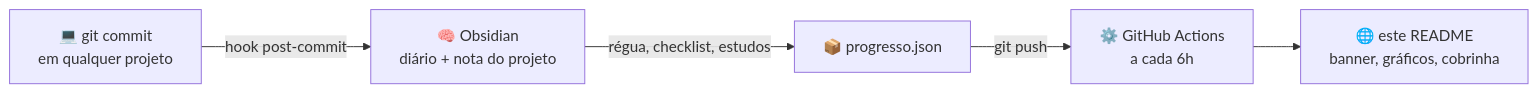
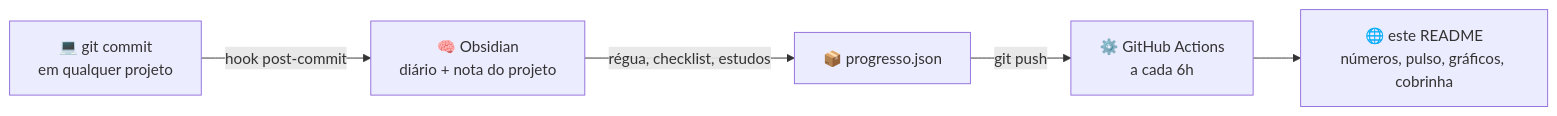
The second of 14 diagrams in README.md (renanbarrostech-cmd/renanbarrostech-cmd), drawn with Mermaid before and after one commit. The commit also changed other lines of this file and 31 other files, not shown here.

````diff
--- a/README.md
+++ b/README.md
@@ -170,7 +196,8 @@
 ```mermaid
 flowchart LR
     A["💻 git commit<br/>em qualquer projeto"] -->|hook post-commit| B["🧠 Obsidian<br/>diário + nota do projeto"]
     B -->|régua, checklist, estudos| C["📦 progresso.json"]
     C -->|git push| D["⚙️ GitHub Actions<br/>a cada 6h"]
-    D --> E["🌐 este README<br/>banner, gráficos, cobrinha"]
+    D --> E["🌐 este README<br/>números, pulso, gráficos, cobrinha"]
+    click E "https://github.com/renanbarrostech-cmd" _blank
 ```
````
